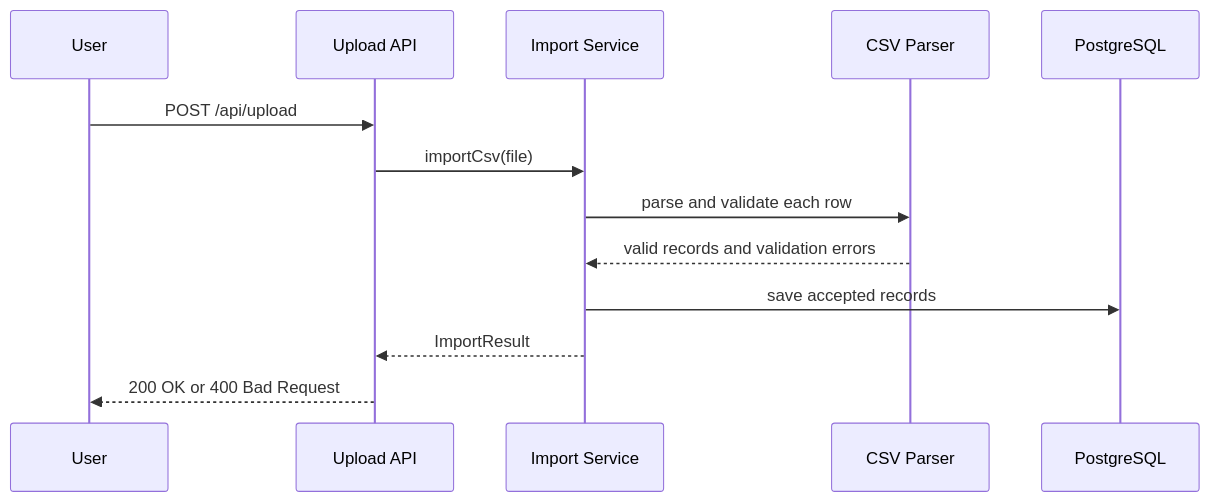
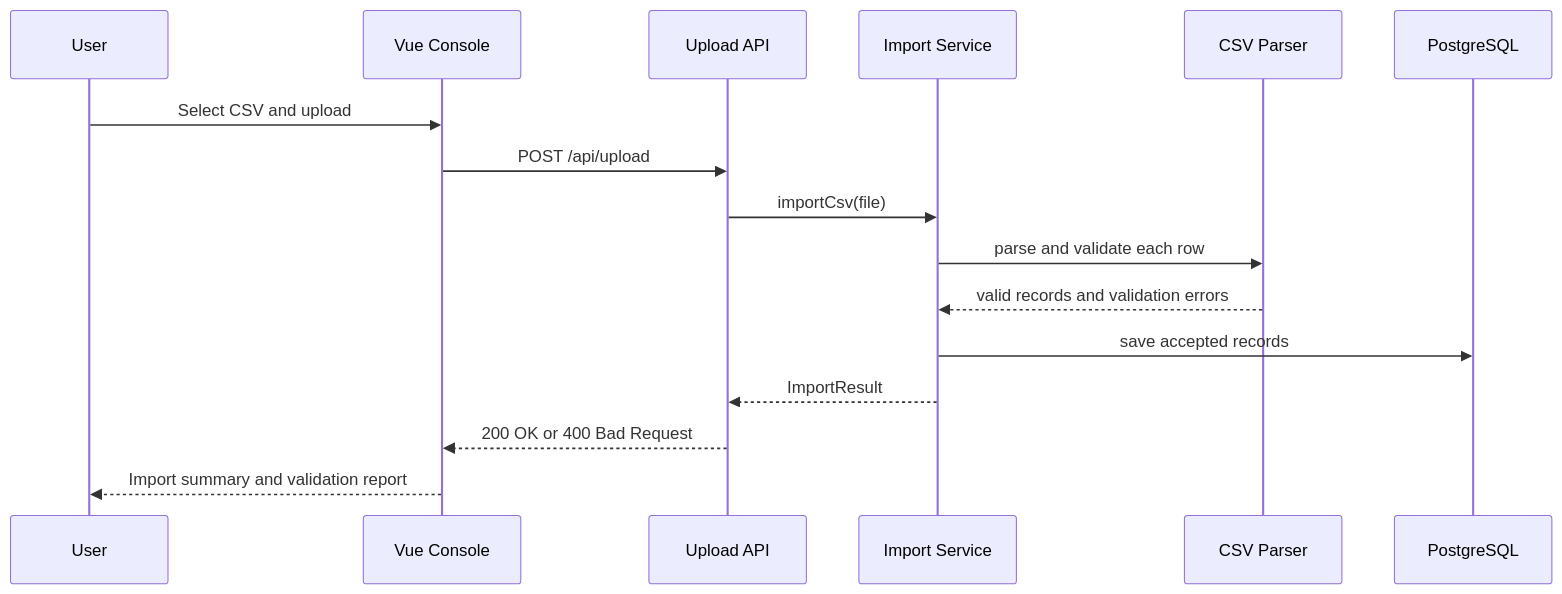
One commit to richardwaters9049/Data-Platform changed the third of 3 diagrams in README.md. Above: the diagram before and after it, drawn with Mermaid. The commit also changed other lines of this file and 19 other files, not shown here.

````diff
--- a/README.md
+++ b/README.md
@@ -146,16 +152,19 @@
 ```mermaid
 sequenceDiagram
     participant User
+    participant UI as Vue Console
     participant API as Upload API
     participant Service as Import Service
     participant Parser as CSV Parser
     participant DB as PostgreSQL
 
-    User->>API: POST /api/upload
+    User->>UI: Select CSV and upload
+    UI->>API: POST /api/upload
     API->>Service: importCsv(file)
     Service->>Parser: parse and validate each row
     Parser-->>Service: valid records and validation errors
     Service->>DB: save accepted records
     Service-->>API: ImportResult
-    API-->>User: 200 OK or 400 Bad Request
+    API-->>UI: 200 OK or 400 Bad Request
+    UI-->>User: Import summary and validation report
 ```
````
